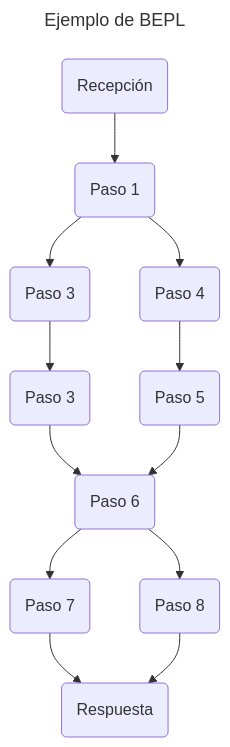
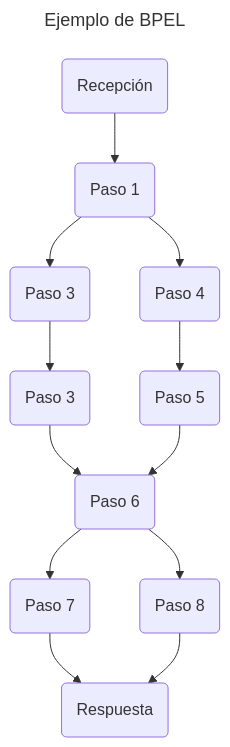
Before and after one commit to misaelnieto/itm_2025_soa_u4: the diagram in index_imoreno.md, drawn with Mermaid. The commit also changed other lines of this file, not shown here.

````diff
--- a/index_imoreno.md
+++ b/index_imoreno.md
@@ -10,28 +10,28 @@
 ```mermaid
 ---
-title: Ejemplo de BEPL
+title: Ejemplo de BPEL
 ---
 flowchart TB
 	recepcion(Recepción)
 	paso1(Paso 1)
 	paso2(Paso 3)
 	paso3(Paso 3)
 	paso4(Paso 4)
 	paso5(Paso 5)
 	paso6(Paso 6)
 	paso7(Paso 7)
 	paso8(Paso 8)
 	respuesta(Respuesta)
 
 	recepcion --> paso1
 	paso1 --> paso2
 	paso1 --> paso4
 	paso2 --> paso3
 	paso4 --> paso5
 	paso3 --> paso6
 	paso5 --> paso6
 	paso6 --> paso7
 	paso6 --> paso8
 	paso7 --> respuesta
 	paso8 --> respuesta
 ``` 
````
